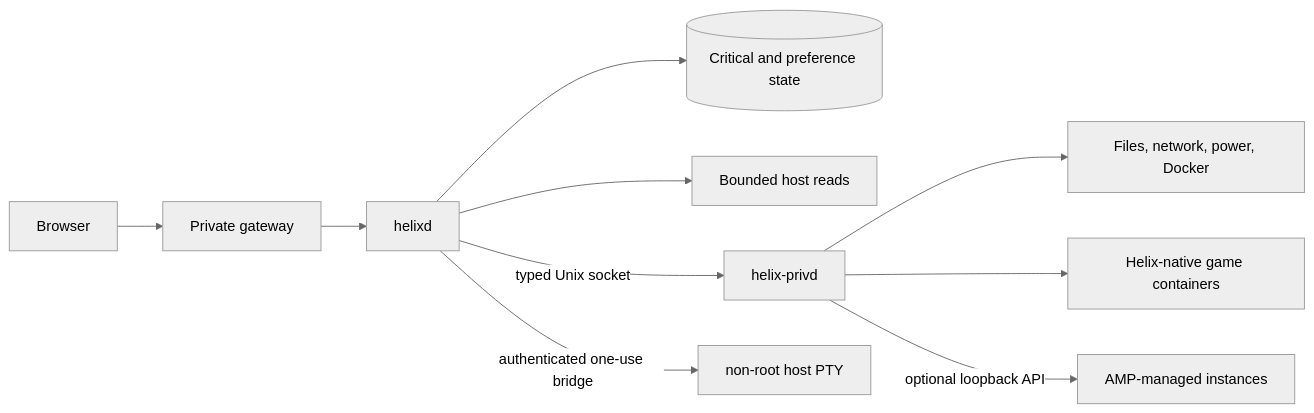
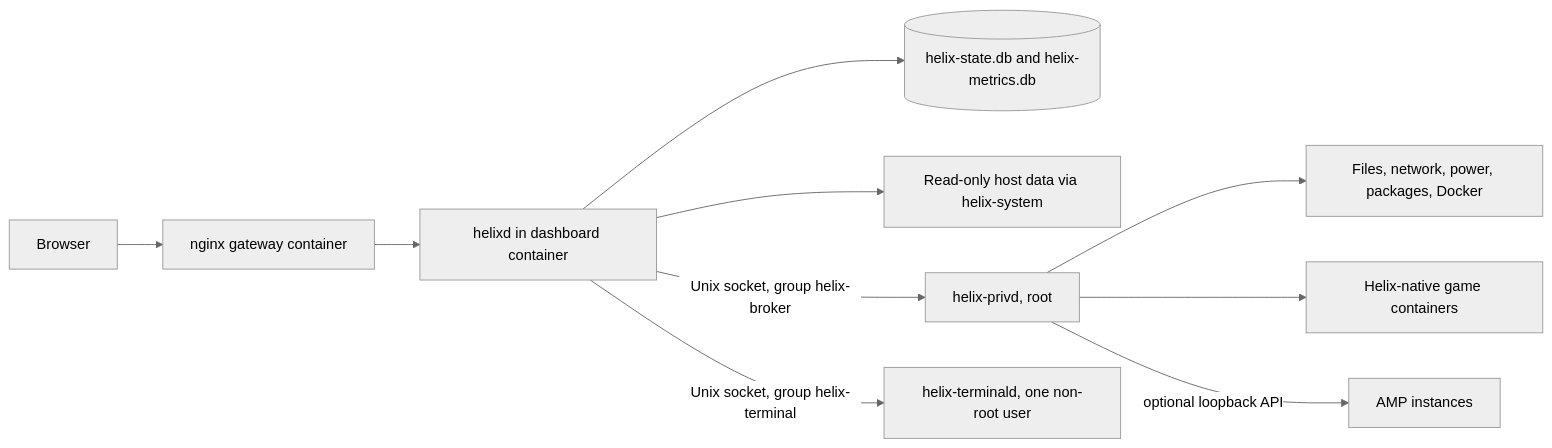
One commit to Riqqqque/Helix changed the diagram in docs/wiki/Architecture.md. Above: the diagram before and after it, drawn with Mermaid (neutral theme). The commit also changed other lines of this file and 49 other files, not shown here.

````diff
--- a/docs/wiki/Architecture.md
+++ b/docs/wiki/Architecture.md
@@ -6,12 +8,12 @@
 ```mermaid
 flowchart LR
-  Browser[Browser] --> Gateway[Private gateway]
-  Gateway --> D[helixd]
-  D --> State[(Critical and preference state)]
-  D --> System[Bounded host reads]
-  D -->|typed Unix socket| P[helix-privd]
-  D -->|authenticated one-use bridge| T[non-root host PTY]
-  P --> Host[Files, network, power, Docker]
+  Browser[Browser] --> Gateway[nginx gateway container]
+  Gateway --> D[helixd in dashboard container]
+  D --> State[(helix-state.db and helix-metrics.db)]
+  D --> System[Read-only host data via helix-system]
+  D -->|Unix socket, group helix-broker| P[helix-privd, root]
+  D -->|Unix socket, group helix-terminal| T[helix-terminald, one non-root user]
+  P --> Host[Files, network, power, packages, Docker]
   P --> Native[Helix-native game containers]
-  P -->|optional loopback API| AMP[AMP-managed instances]
+  P -->|optional loopback API| AMP[AMP instances]
 ```
````
